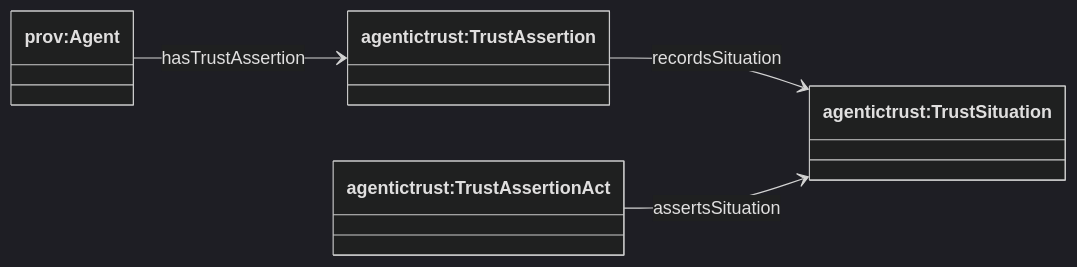
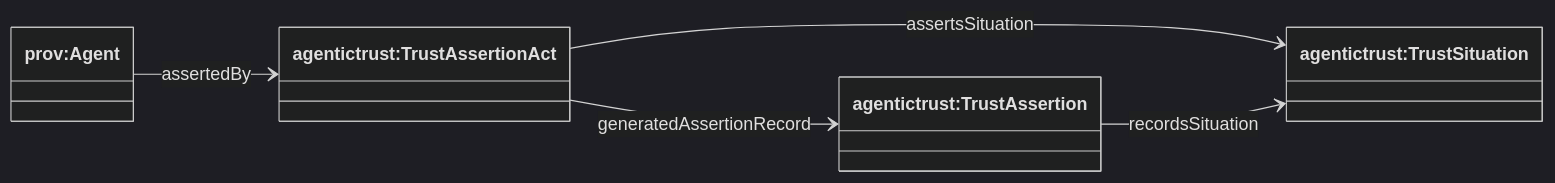
The third of 3 diagrams in docs/ontology/trust-graph.md (Agentic-Trust-Layer/agent-explorer), drawn with Mermaid (dark theme) before and after one commit. The commit also changed other lines of this file and 4 other files, not shown here.

````diff
--- a/docs/ontology/trust-graph.md
+++ b/docs/ontology/trust-graph.md
@@ -74,13 +122,14 @@
 ```mermaid
 classDiagram
 direction LR
 
 class provAgent["prov:Agent"]
-class TrustAssertion["agentictrust:TrustAssertion"]
+class TrustAssertionRecord["agentictrust:TrustAssertion"]
 class TrustAssertionAct["agentictrust:TrustAssertionAct"]
 class TrustSituation["agentictrust:TrustSituation"]
 
-provAgent --> TrustAssertion : hasTrustAssertion
-TrustAssertion --> TrustSituation : recordsSituation
+provAgent --> TrustAssertionAct : assertedBy
 TrustAssertionAct --> TrustSituation : assertsSituation
+TrustAssertionAct --> TrustAssertionRecord : generatedAssertionRecord
+TrustAssertionRecord --> TrustSituation : recordsSituation
 ```
````
